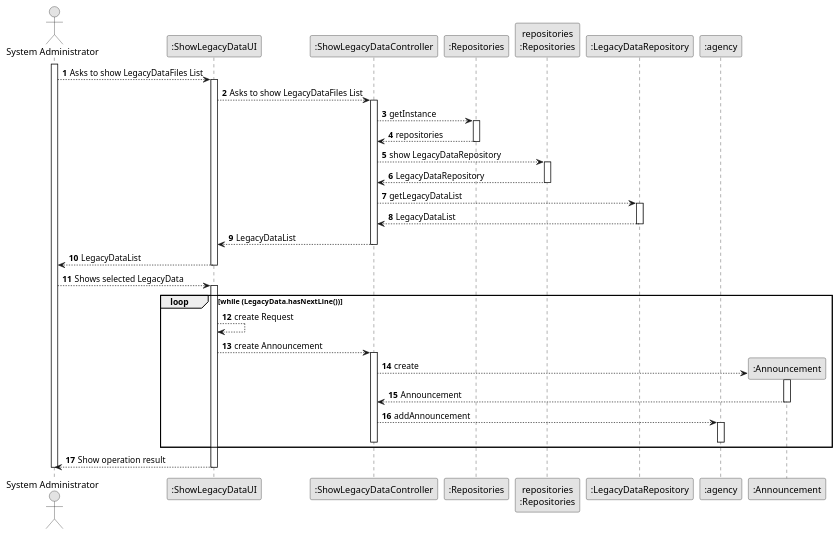
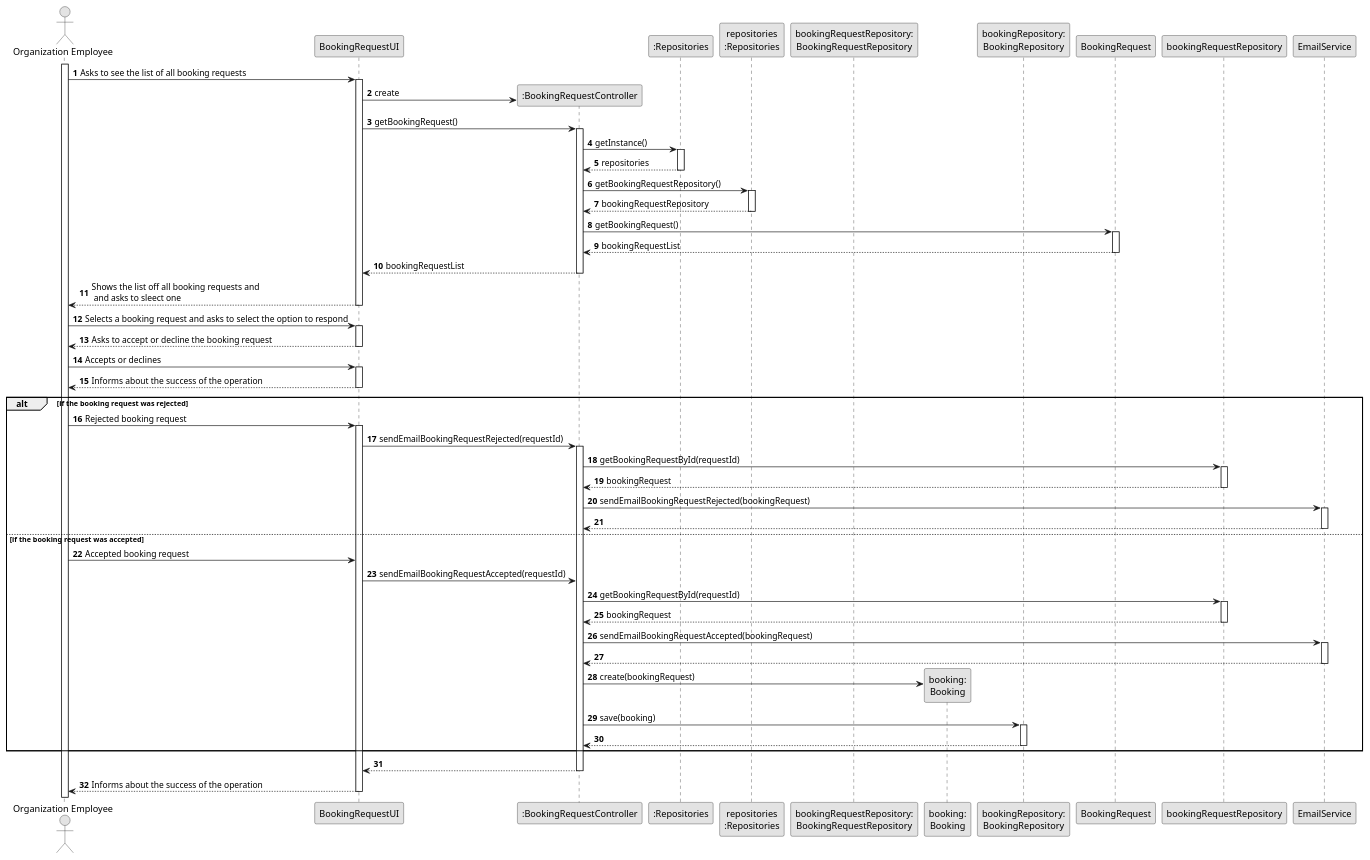
The diagram in docs/sprintD/us016/03.design/puml/us016-sequence-diagram-full.puml (1220812/LAPR2), drawn with PlantUML before and after one commit. The commit also changed 4 other files, not shown here.

Commit message:
Made the class diagram, sequence diagram full and system sequence diagram for us016.

```diff
--- a/docs/sprintD/us016/03.design/puml/us016-sequence-diagram-full.puml
+++ b/docs/sprintD/us016/03.design/puml/us016-sequence-diagram-full.puml
@@ -1,102 +1,154 @@
 @startuml
 skinparam monochrome true
 skinparam packageStyle rectangle
 skinparam shadowing false
 
 autonumber
 
 'hide footbox
-actor "System Administrator" as ADM
-participant ":ShowLegacyDataUI" as UI
-participant ":ShowLegacyDataController" as CTRL
-participant ":Repositories" as Repositories
-participant "repositories\n:Repositories" as repositories
-participant ":LegacyDataRepository" as legacyData
-participant ":agency" as agency
-participant ":Announcement" as Announcement
+actor "Organization Employee" as ADM
+participant "BookingRequestUI" as UI
+participant ":BookingRequestController" as CTRL
+participant ":Repositories" as RepositorySingleton
+participant "repositories\n:Repositories" as PLAT
+participant "bookingRequestRepository:\nBookingRequestRepository" as BookingRequestRepository
+participant "booking:\nBooking" as Booking
+participant "bookingRepository:\nBookingRepository" as BookingRepository
 
-    activate ADM
+activate ADM
 
-        ADM --> UI : Asks to show LegacyDataFiles List
+        ADM -> UI : Asks to see the list of all booking requests
 
         activate UI
 
-        UI --> CTRL : Asks to show LegacyDataFiles List
+'            UI --> ADM : requests data (reference, description,  informal \n description, technical description, duration, cost)
+            'create CTRL
+            UI -> CTRL** : create
 
-        activate CTRL
-
-        CTRL --> Repositories : getInstance
-
-
-        activate Repositories
-
-           Repositories --> CTRL : repositories
-
-           deactivate Repositories
-
-           CTRL --> repositories : show LegacyDataRepository
-
-           activate repositories
-
-           repositories --> CTRL : LegacyDataRepository
-
-           deactivate repositories
-
-           CTRL --> legacyData : getLegacyDataList
-           activate legacyData
-
-           legacyData --> CTRL : LegacyDataList
-
-           deactivate legacyData
-
-           CTRL --> UI : LegacyDataList
-
-           deactivate CTRL
-
-           UI --> ADM : LegacyDataList
-
-deactivate UI
-
-
-ADM --> UI : Shows selected LegacyData
-        activate UI
-
-          loop  while (LegacyData.hasNextLine())
-
-
-
-            UI --> UI : create Request
-
-            UI --> CTRL : create Announcement
-
+            UI -> CTRL : getBookingRequest()
             activate CTRL
 
-            CTRL --> Announcement** : create
+                CTRL -> RepositorySingleton : getInstance()
+                activate RepositorySingleton
 
-            activate Announcement
+                    RepositorySingleton --> CTRL: repositories
+                deactivate RepositorySingleton
 
-            Announcement --> CTRL : Announcement
+                CTRL -> PLAT : getBookingRequestRepository()
+                activate PLAT
 
-            deactivate Announcement
+                    PLAT --> CTRL: bookingRequestRepository
+                deactivate PLAT
 
-            CTRL --> agency : addAnnouncement
+                CTRL -> BookingRequest : getBookingRequest()
+                activate BookingRequest
 
-            activate agency
+                   BookingRequest --> CTRL : bookingRequestList
+                deactivate BookingRequest
 
+                CTRL --> UI : bookingRequestList
+            deactivate CTRL
 
-            deactivate CTRL
-            deactivate agency
-
-end loop
-
-        UI --> ADM : Show operation result
+            UI --> ADM : Shows the list off all booking requests and \n and asks to sleect one
         deactivate UI
 
+    ADM -> UI : Selects a booking request and asks to select the option to respond
+    activate UI
 
+        UI --> ADM : Asks to accept or decline the booking request
+    deactivate UI
 
-    deactivate ADM
+    ADM -> UI : Accepts or declines
+    activate UI
+
+    UI --> ADM : Informs about the success of the operation
+
+    deactivate UI
+
+    alt if the booking request was rejected
 
 
 
 
+   ADM -> UI : Rejected booking request
+
+   activate UI
+
+   UI -> CTRL : sendEmailBookingRequestRejected(requestId)
+
+
+
+   activate CTRL
+
+   CTRL -> bookingRequestRepository: getBookingRequestById(requestId)
+
+   activate bookingRequestRepository
+
+   bookingRequestRepository --> CTRL : bookingRequest
+
+   deactivate bookingRequestRepository
+
+
+   CTRL -> EmailService : sendEmailBookingRequestRejected(bookingRequest)
+
+
+   activate EmailService
+
+   EmailService --> CTRL :
+
+
+
+   deactivate EmailService
+
+    else if the booking request was accepted
+
+    ADM -> UI : Accepted booking request
+
+
+
+       UI -> CTRL : sendEmailBookingRequestAccepted(requestId)
+
+      CTRL -> bookingRequestRepository: getBookingRequestById(requestId)
+
+       activate bookingRequestRepository
+
+       bookingRequestRepository --> CTRL : bookingRequest
+
+       deactivate bookingRequestRepository
+
+
+
+
+
+    CTRL -> EmailService : sendEmailBookingRequestAccepted(bookingRequest)
+
+    activate EmailService
+
+    EmailService --> CTRL :
+
+    deactivate EmailService
+
+    CTRL -> Booking** : create(bookingRequest)
+
+    CTRL -> BookingRepository : save(booking)
+
+    activate BookingRepository
+
+    BookingRepository --> CTRL :
+
+    deactivate BookingRepository
+
+
+
+    end
+
+    CTRL --> UI:
+
+    deactivate CTRL
+
+    UI --> ADM : Informs about the success of the operation
+
+    deactivate UI
+
+
 @enduml
```
